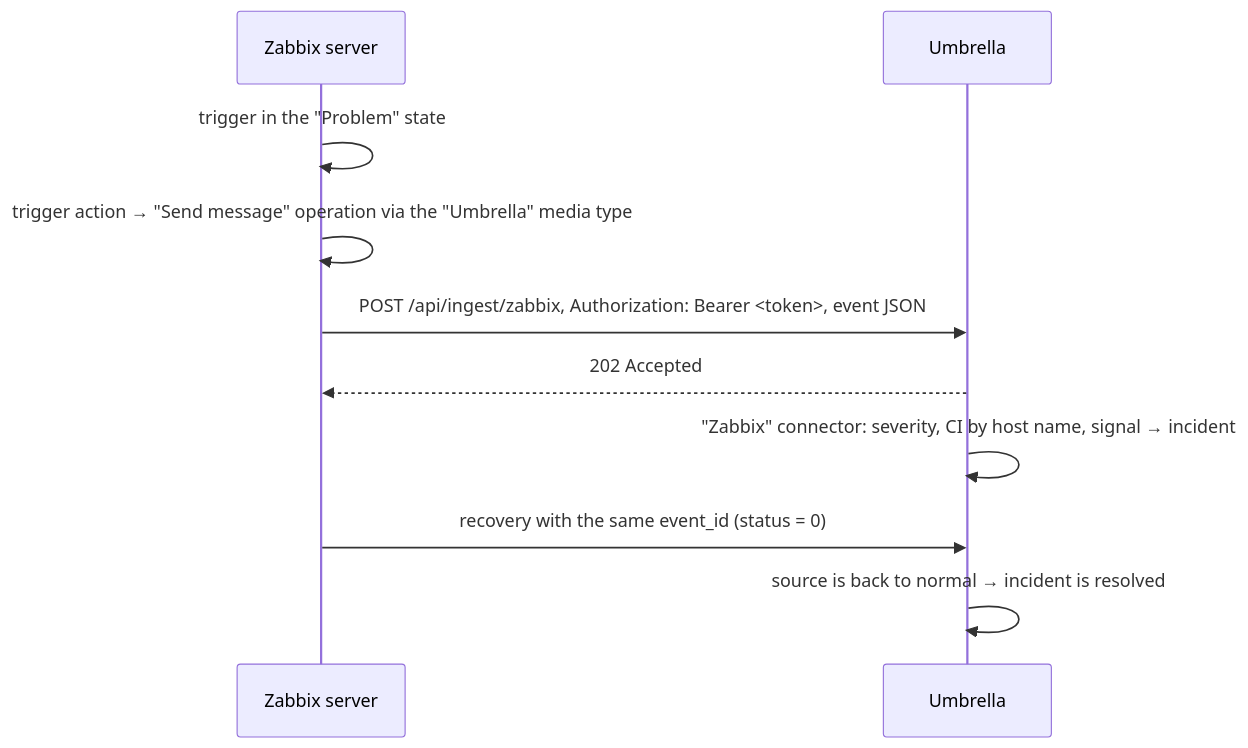
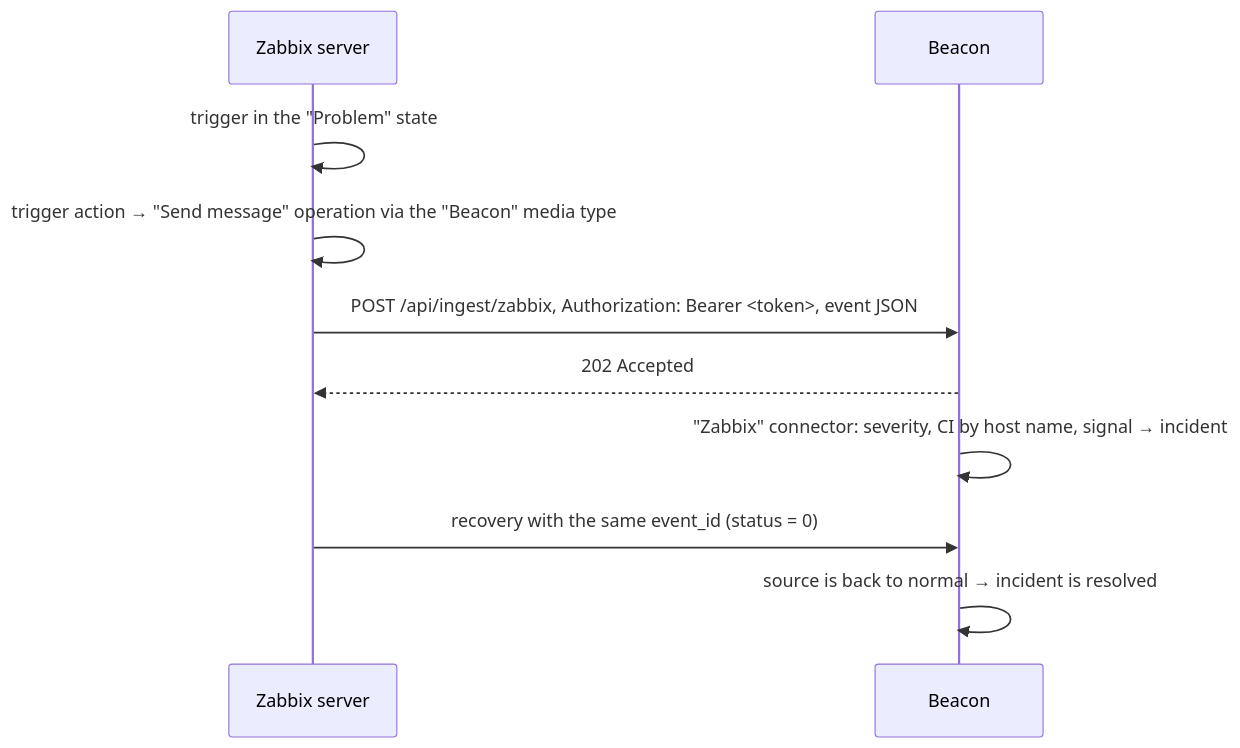
Before and after one commit to sbrw-evc/Beacon: the diagram in app/docs/zabbix.md, drawn with Mermaid. The commit also changed other lines of this file and 388 other files, not shown here.

First line of the commit message:
Rename Umbrella Monitoring to Beacon; the other apps by their new names

````diff
--- a/app/docs/zabbix.md
+++ b/app/docs/zabbix.md
@@ -8,12 +8,12 @@
 ```mermaid
 sequenceDiagram
   participant Z as Zabbix server
-  participant U as Umbrella
+  participant U as Beacon
   Z->>Z: trigger in the "Problem" state
-  Z->>Z: trigger action → "Send message" operation via the "Umbrella" media type
+  Z->>Z: trigger action → "Send message" operation via the "Beacon" media type
   Z->>U: POST /api/ingest/zabbix, Authorization: Bearer <token>, event JSON
   U-->>Z: 202 Accepted
   U->>U: "Zabbix" connector: severity, CI by host name, signal → incident
   Z->>U: recovery with the same event_id (status = 0)
   U->>U: source is back to normal → incident is resolved
 ```
````
